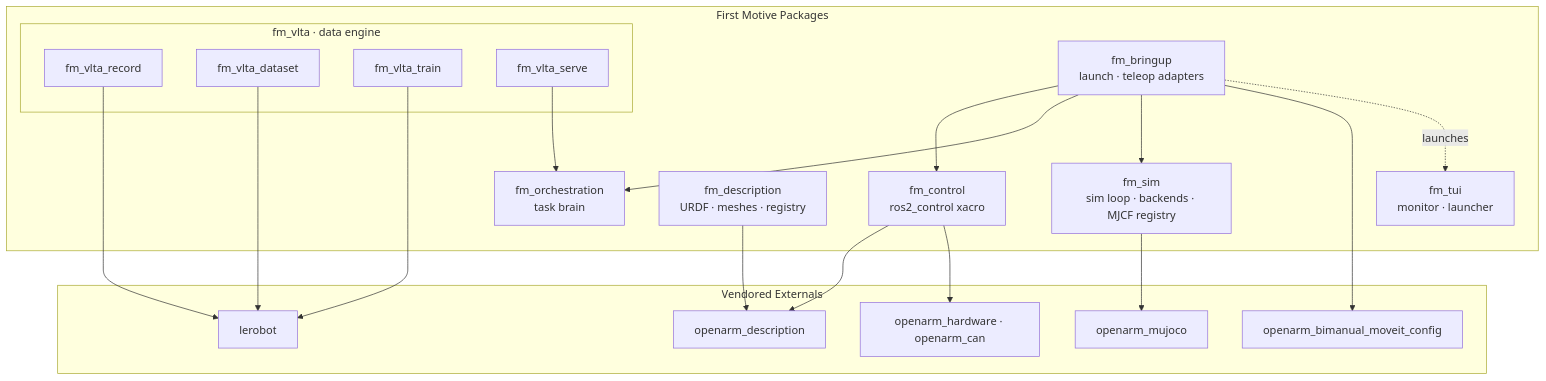
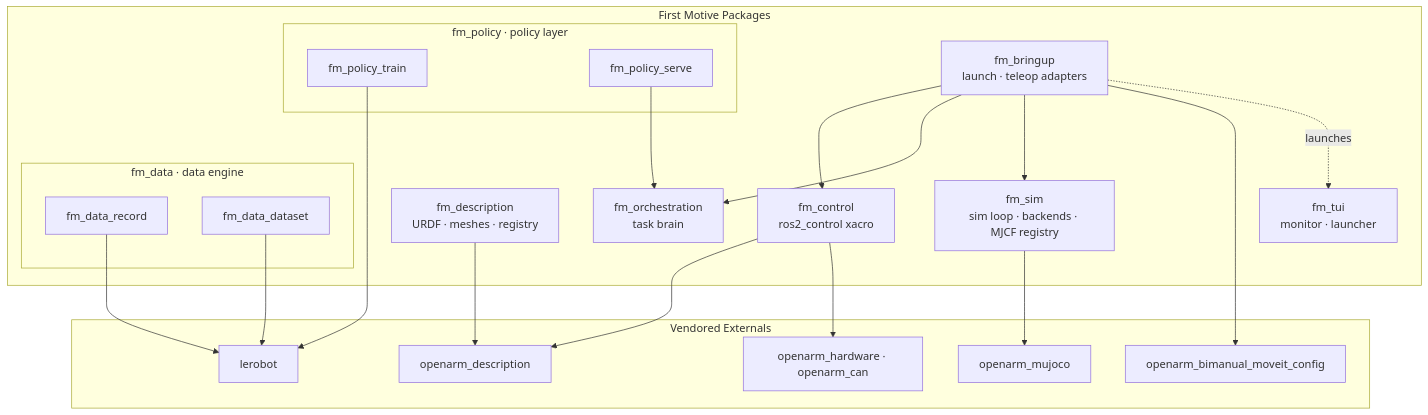
Before and after one commit to first-motive/fm-ros2: the second of 8 diagrams in docs/ARCHITECTURE.md, drawn with Mermaid. The commit also changed other lines of this file and 66 other files, not shown here.

Commit message:
refactor: split fm_vlta into fm_data and fm_policy

````diff
--- a/docs/ARCHITECTURE.md
+++ b/docs/ARCHITECTURE.md
@@ -69,42 +69,45 @@
 ```mermaid
 flowchart TD
     subgraph fm [First Motive Packages]
         bringup[fm_bringup<br/>launch · teleop adapters]
         tui[fm_tui<br/>monitor · launcher]
 
-        subgraph vlta [fm_vlta · data engine]
-            record[fm_vlta_record]
-            dataset[fm_vlta_dataset]
-            train[fm_vlta_train]
-            serve[fm_vlta_serve]
+        subgraph data [fm_data · data engine]
+            record[fm_data_record]
+            dataset[fm_data_dataset]
+        end
+
+        subgraph policy [fm_policy · policy layer]
+            train[fm_policy_train]
+            serve[fm_policy_serve]
         end
 
         orch[fm_orchestration<br/>task brain]
         sim[fm_sim<br/>sim loop · backends · MJCF registry]
         control[fm_control<br/>ros2_control xacro]
         desc[fm_description<br/>URDF · meshes · registry]
     end
 
     subgraph ext [Vendored Externals]
         oa_desc[openarm_description]
         oa_moveit[openarm_bimanual_moveit_config]
         oa_hw[openarm_hardware · openarm_can]
         oa_mjcf[openarm_mujoco]
         lerobot[lerobot]
     end
 
     bringup --> control
     bringup --> orch
     bringup --> sim
     bringup --> oa_moveit
     control --> oa_desc
     control --> oa_hw
     desc --> oa_desc
     sim --> oa_mjcf
     serve --> orch
     record --> lerobot
     dataset --> lerobot
     train --> lerobot
 
     bringup -.launches.-> tui
 ```
````
